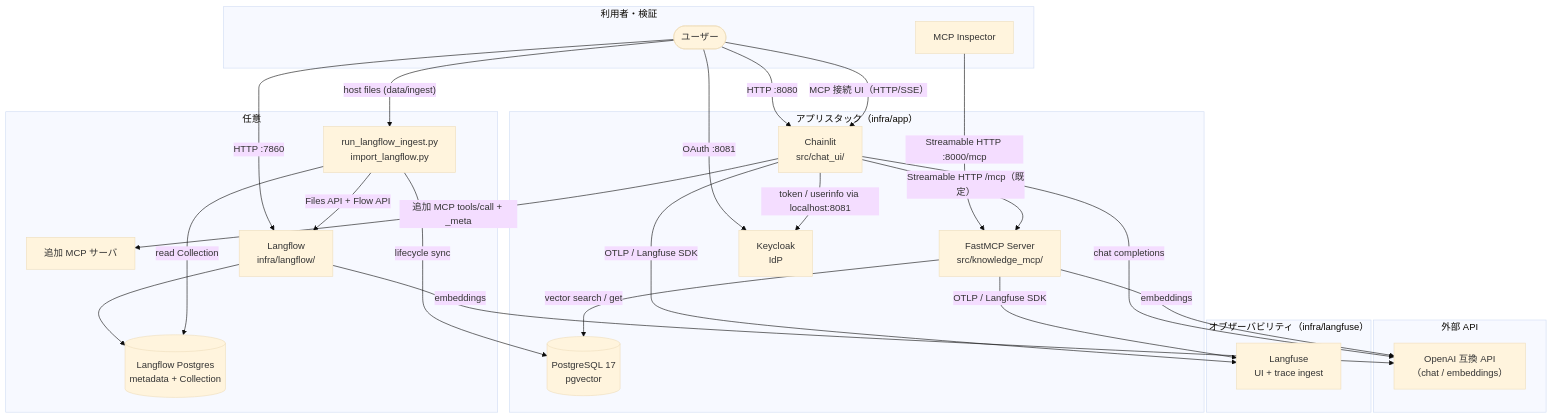
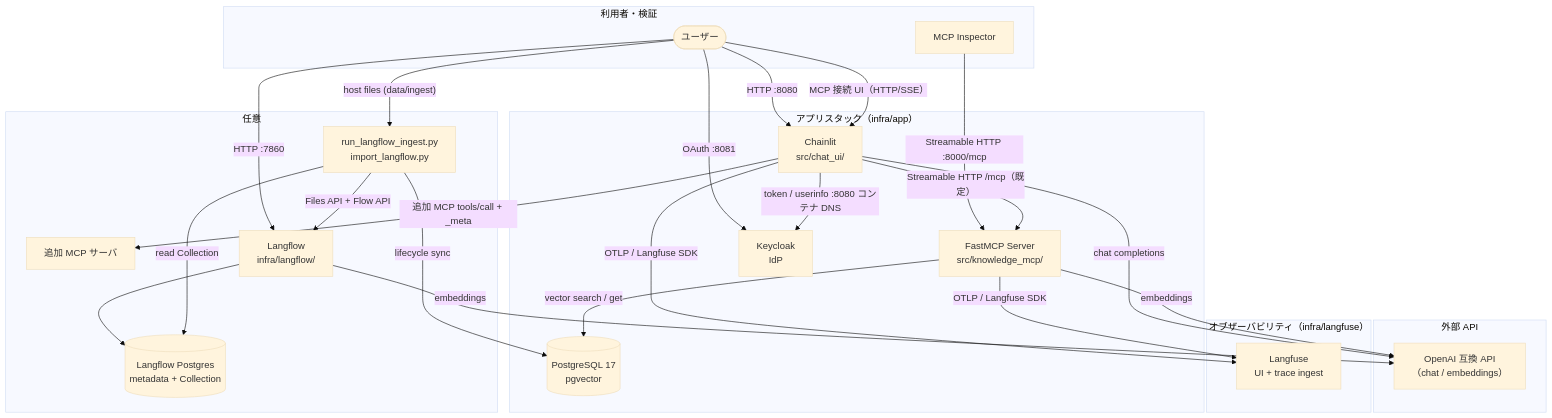
The first of 2 diagrams in docs/current/architecture.md (s-kodani/template-ai-coding), drawn with Mermaid (base theme) before and after one commit. The commit also changed 9 other files, not shown here.

First line of the commit message:
fix: Chainlit の OAuth をコンテナ DNS 向けに修正する

````diff
--- a/docs/current/architecture.md
+++ b/docs/current/architecture.md
@@ -28,49 +28,49 @@
 ```mermaid
 flowchart TB
     subgraph users["利用者・検証"]
         User([ユーザー])
         Inspector[MCP Inspector]
     end
 
     subgraph app["アプリスタック（infra/app）"]
         Chainlit["Chainlit<br/>src/chat_ui/"]
         MCP["FastMCP Server<br/>src/knowledge_mcp/"]
         PG[("PostgreSQL 17<br/>pgvector")]
         Keycloak["Keycloak<br/>IdP"]
     end
 
     subgraph external["外部 API"]
         LLM["OpenAI 互換 API<br/>（chat / embeddings）"]
     end
 
     subgraph observability["オブザーバビリティ（infra/langfuse）"]
         Langfuse["Langfuse<br/>UI + trace ingest"]
     end
 
     subgraph optional["任意"]
         ExtraMCP[追加 MCP サーバ]
         Langflow["Langflow<br/>infra/langflow/"]
         LFPG[("Langflow Postgres<br/>metadata + Collection")]
         Adapter["run_langflow_ingest.py\nimport_langflow.py"]
     end
 
     User -->|HTTP :8080| Chainlit
     User -->|OAuth :8081| Keycloak
-    Chainlit -->|token / userinfo via localhost:8081| Keycloak
+    Chainlit -->|token / userinfo :8080 コンテナ DNS| Keycloak
     User -->|HTTP :7860| Langflow
     User -->|"host files (data/ingest)"| Adapter
     Adapter -->|"Files API + Flow API"| Langflow
     Langflow --> LFPG
     Langflow -->|embeddings| LLM
     Adapter -->|read Collection| LFPG
     Adapter -->|lifecycle sync| PG
     User -->|"MCP 接続 UI（HTTP/SSE）"| Chainlit
     Inspector -->|"Streamable HTTP :8000/mcp"| MCP
     Chainlit -->|"Streamable HTTP /mcp（既定）"| MCP
     Chainlit -->|追加 MCP tools/call + _meta| ExtraMCP
     Chainlit -->|chat completions| LLM
     MCP -->|vector search / get| PG
     MCP -->|embeddings| LLM
     Chainlit -->|OTLP / Langfuse SDK| Langfuse
     MCP -->|OTLP / Langfuse SDK| Langfuse
 ```
````
